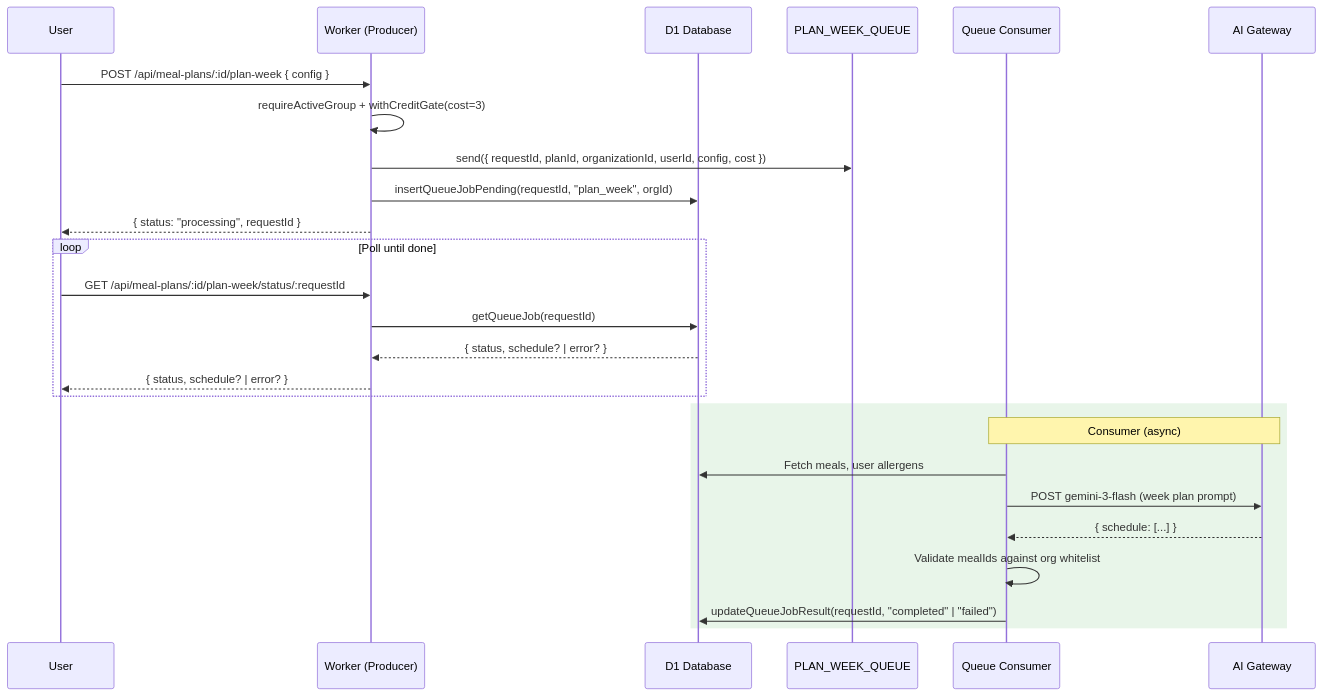
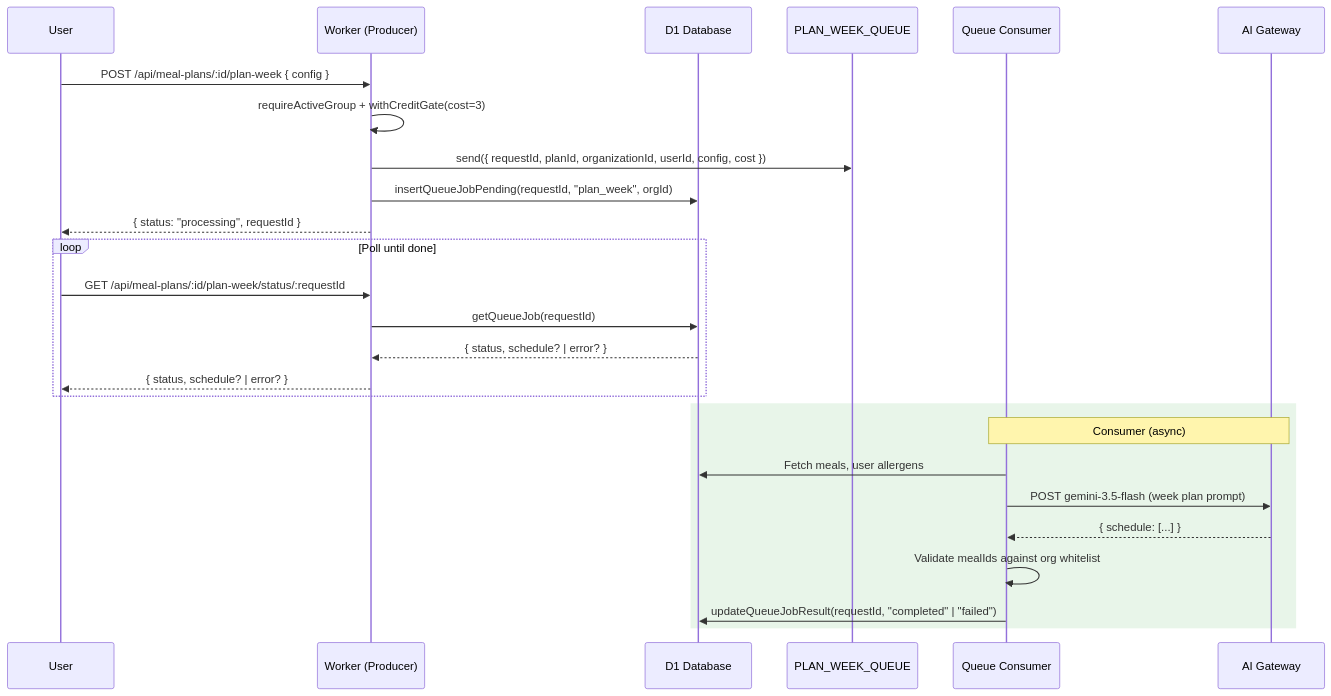
Before and after one commit to bjamesdowning/ration-mirror: diagram 12 of 21 in README.md, drawn with Mermaid. The commit also changed other lines of this file and 30 other files, not shown here.

````diff
--- a/README.md
+++ b/README.md
@@ -529,31 +530,31 @@
 ```mermaid
 sequenceDiagram
     participant User as User
     participant Worker as Worker (Producer)
     participant D1 as D1 Database
     participant Queue as PLAN_WEEK_QUEUE
     participant Consumer as Queue Consumer
     participant AIGateway as AI Gateway
 
     User->>Worker: POST /api/meal-plans/:id/plan-week { config }
     Worker->>Worker: requireActiveGroup + withCreditGate(cost=3)
     Worker->>Queue: send({ requestId, planId, organizationId, userId, config, cost })
     Worker->>D1: insertQueueJobPending(requestId, "plan_week", orgId)
     Worker-->>User: { status: "processing", requestId }
 
     loop Poll until done
         User->>Worker: GET /api/meal-plans/:id/plan-week/status/:requestId
         Worker->>D1: getQueueJob(requestId)
         D1-->>Worker: { status, schedule? | error? }
         Worker-->>User: { status, schedule? | error? }
     end
 
     rect rgb(232, 245, 233)
         Note over Consumer,AIGateway: Consumer (async)
         Consumer->>D1: Fetch meals, user allergens
-        Consumer->>AIGateway: POST gemini-3-flash (week plan prompt)
+        Consumer->>AIGateway: POST gemini-3.5-flash (week plan prompt)
         AIGateway-->>Consumer: { schedule: [...] }
         Consumer->>Consumer: Validate mealIds against org whitelist
         Consumer->>D1: updateQueueJobResult(requestId, "completed" | "failed")
     end
 ```
````
